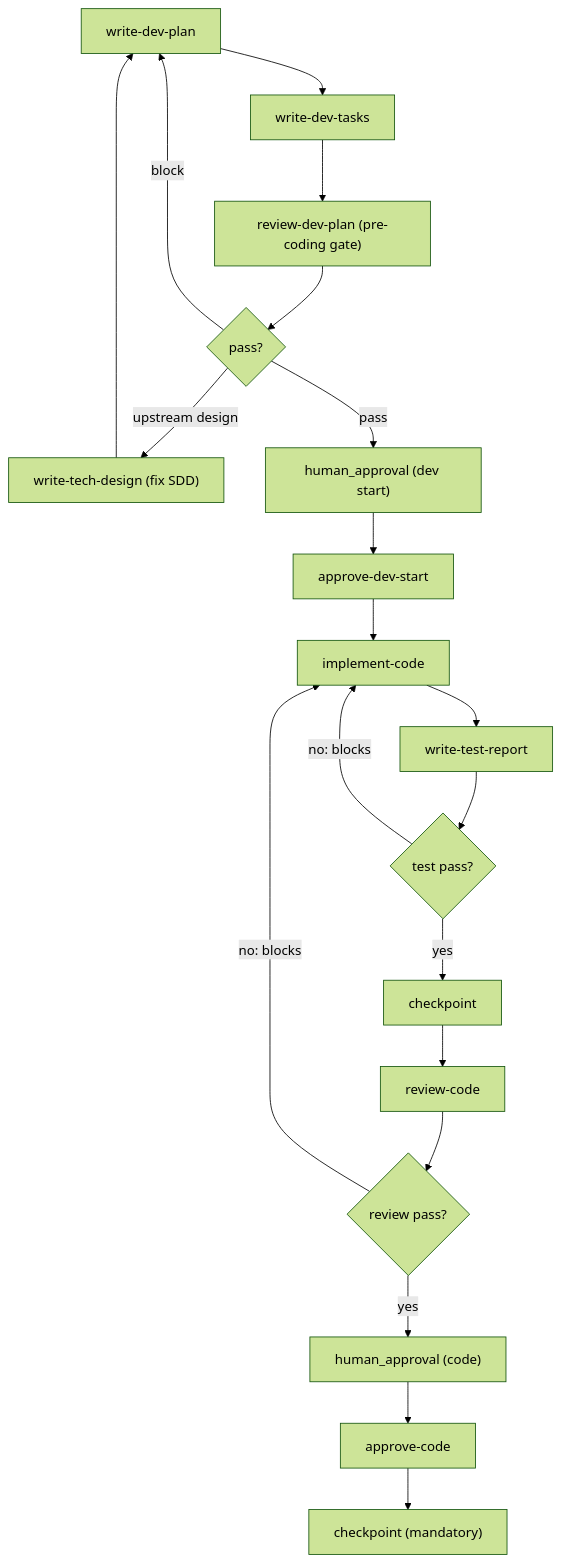
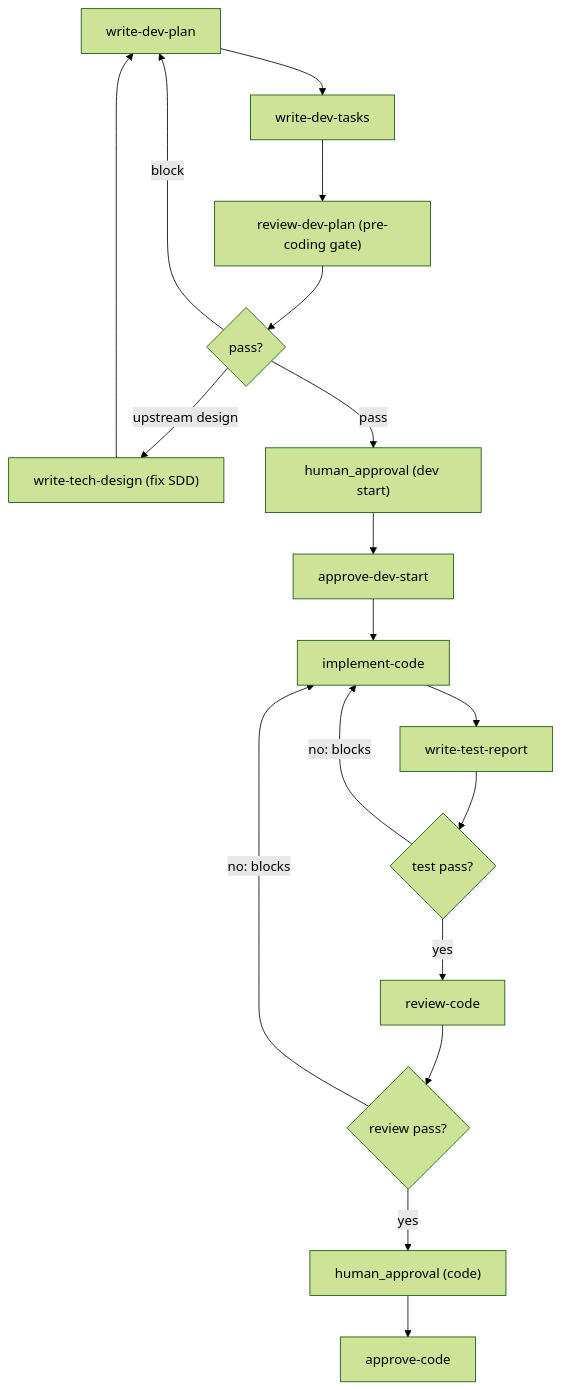
The second of 2 diagrams in openwiki/pipelines/overview.md (OldBoy405/AI-First-tools), drawn with Mermaid (forest theme) before and after one commit. The commit also changed other lines of this file and 8 other files, not shown here.

````diff
--- a/openwiki/pipelines/overview.md
+++ b/openwiki/pipelines/overview.md
@@ -120,22 +120,20 @@
 ```mermaid
 flowchart TD
     D1["write-dev-plan"] --> D2["write-dev-tasks"]
     D2 --> D3["review-dev-plan (pre-coding gate)"]
     D3 --> D3G{"pass?"}
     D3G -- "block" --> D1
     D3G -- "upstream design" --> D3U["write-tech-design (fix SDD)"]
     D3U --> D1
     D3G -- "pass" --> D4["human_approval (dev start)"]
     D4 --> D5["approve-dev-start"]
     D5 --> D6["implement-code"]
     D6 --> D7["write-test-report"]
     D7 --> D7G{"test pass?"}
     D7G -- "no: blocks" --> D6
-    D7G -- "yes" --> D8["checkpoint"]
-    D8 --> D9["review-code"]
+    D7G -- "yes" --> D9["review-code"]
     D9 --> D9G{"review pass?"}
     D9G -- "no: blocks" --> D6
     D9G -- "yes" --> D10["human_approval (code)"]
     D10 --> D11["approve-code"]
-    D11 --> D12["checkpoint (mandatory)"]
 ```
````
